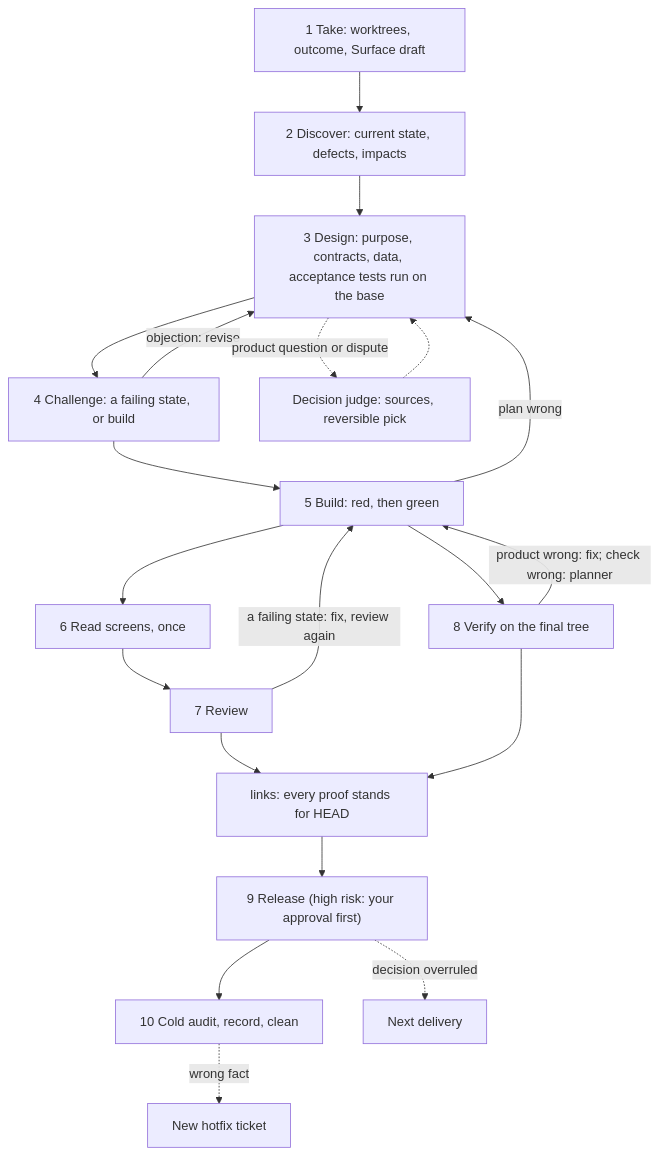
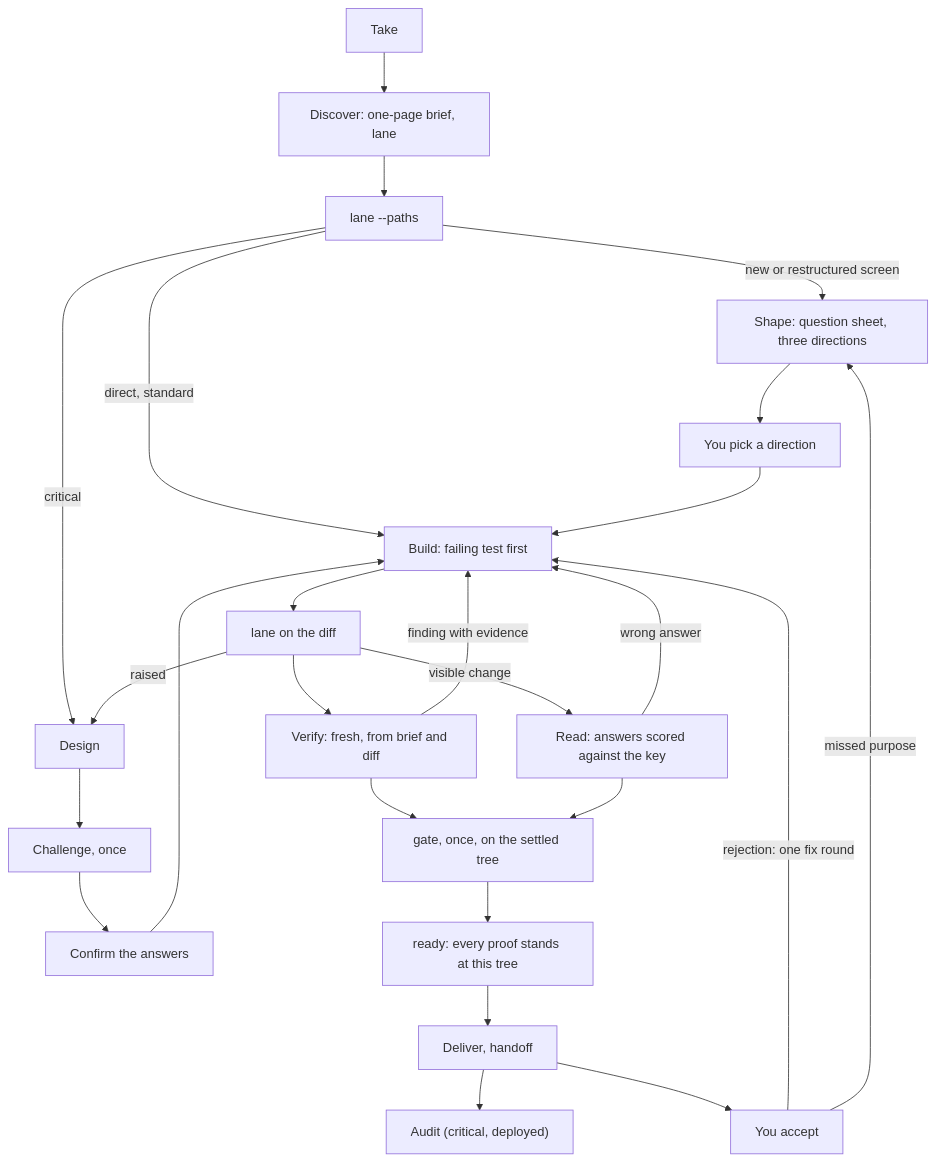
Before and after one commit to o-m-a-r-k/agentic-workflow: the diagram in README.md, drawn with Mermaid. The commit also changed other lines of this file and 44 other files, not shown here.

Commit message:
0.17.0: depth set by what a change can damage; a brief instead of the plan; one verifier, one gate, ready before delivery; screens from the person's questions

````diff
--- a/README.md
+++ b/README.md
@@ -23,22 +25,25 @@
 ```mermaid
 flowchart TD
-  T["1 Take: worktrees, outcome, Surface draft"] --> Di["2 Discover: current state, defects, impacts"]
-  Di --> De["3 Design: purpose, contracts, data, acceptance tests run on the base"]
-  De --> Ch["4 Challenge: a failing state, or build"]
-  Ch -- "objection: revise" --> De
-  De -. "product question or dispute" .-> Dj["Decision judge: sources, reversible pick"]
-  Dj -.-> De
-  Ch --> B["5 Build: red, then green"]
-  B -- "plan wrong" --> De
-  B --> Rd["6 Read screens, once"]
-  Rd --> Rv["7 Review"]
-  B --> V["8 Verify on the final tree"]
-  Rv -- "a failing state: fix, review again" --> B
-  V -- "product wrong: fix; check wrong: planner" --> B
-  Rv --> L["links: every proof stands for HEAD"]
-  V --> L
-  L --> R["9 Release (high risk: your approval first)"]
-  R --> A["10 Cold audit, record, clean"]
-  A -. "wrong fact" .-> H["New hotfix ticket"]
-  R -. "decision overruled" .-> N["Next delivery"]
+  T["Take"] --> D["Discover: one-page brief, lane"]
+  D --> L1["lane --paths"]
+  L1 -- "new or restructured screen" --> S["Shape: question sheet, three directions"]
+  S --> P["You pick a direction"]
+  L1 -- "critical" --> De["Design"] --> Ch["Challenge, once"] --> Co["Confirm the answers"]
+  L1 -- "direct, standard" --> B
+  P --> B["Build: failing test first"]
+  Co --> B
+  B --> L2["lane on the diff"]
+  L2 -- "raised" --> De
+  L2 --> V["Verify: fresh, from brief and diff"]
+  L2 -- "visible change" --> R["Read: answers scored against the key"]
+  V -- "finding with evidence" --> B
+  R -- "wrong answer" --> B
+  V --> G["gate, once, on the settled tree"]
+  R --> G
+  G --> Rd["ready: every proof stands at this tree"]
+  Rd --> Dl["Deliver, handoff"]
+  Dl --> A["Audit (critical, deployed)"]
+  Dl --> Ac["You accept"]
+  Ac -- "rejection: one fix round" --> B
+  Ac -- "missed purpose" --> S
 ```
````
